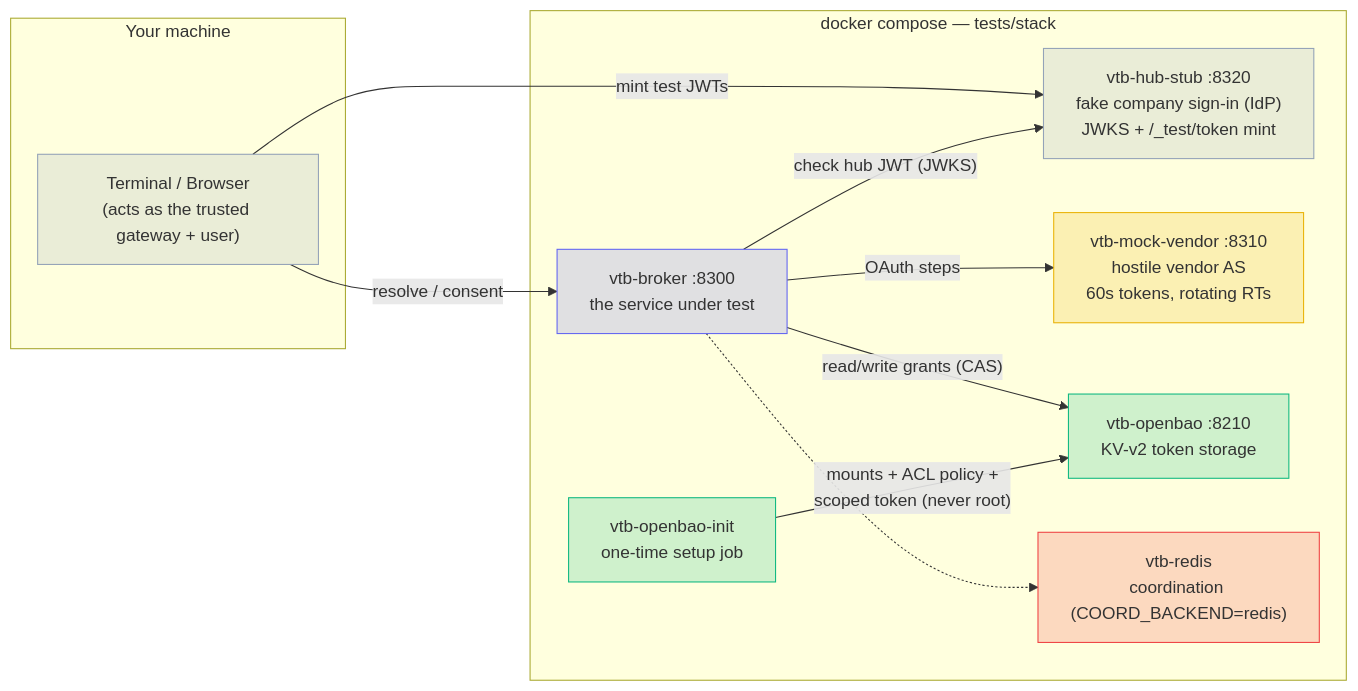
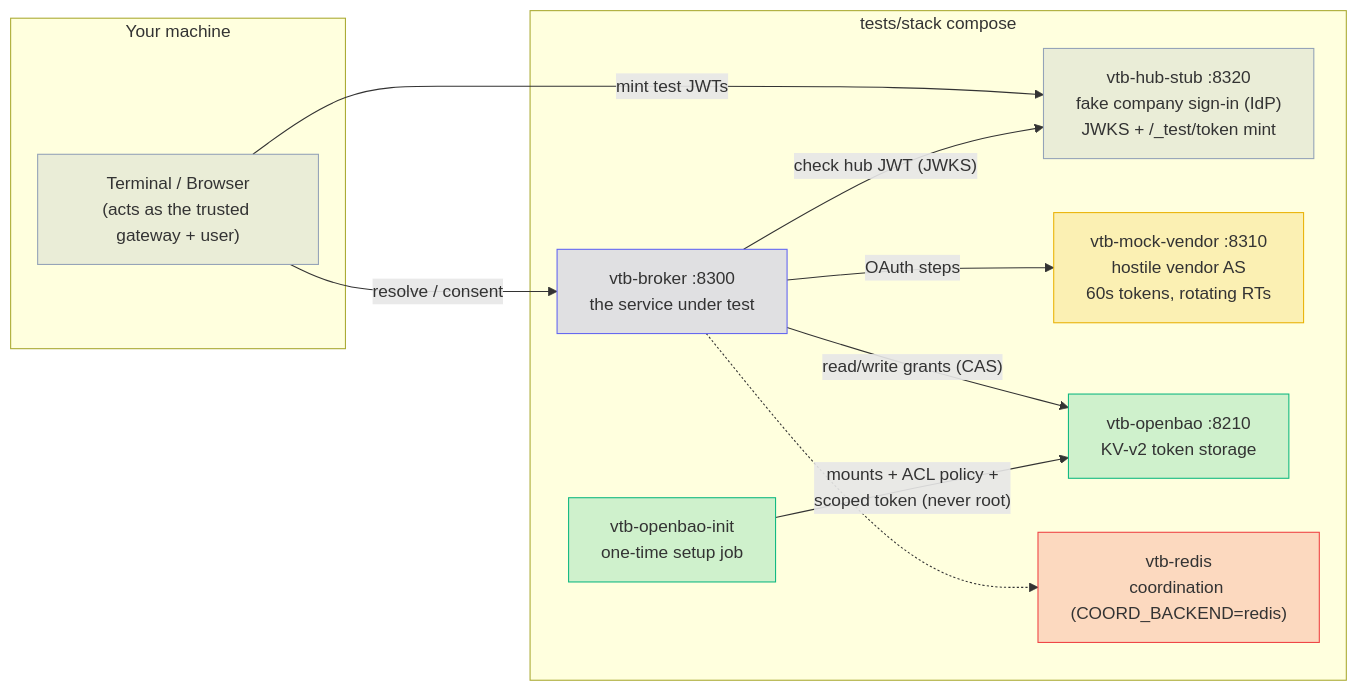
Before and after one commit to chief-builder/vendor-token-broker: the first of 7 diagrams in docs/smoke-tests.md, drawn with Mermaid. The commit also changed other lines of this file and 6 other files, not shown here.

First line of the commit message:
docs: make diagrams readable

````diff
--- a/docs/smoke-tests.md
+++ b/docs/smoke-tests.md
@@ -30,32 +30,32 @@
 ```mermaid
 flowchart LR
     subgraph host["Your machine"]
         T["Terminal / Browser<br/>(acts as the trusted gateway + user)"]
     end
-    subgraph compose["docker compose — tests/stack"]
+    subgraph compose["tests/stack compose"]
         B["vtb-broker :8300<br/>the service under test"]
         H["vtb-hub-stub :8320<br/>fake company sign-in (IdP)<br/>JWKS + /_test/token mint"]
         M["vtb-mock-vendor :8310<br/>hostile vendor AS<br/>60s tokens, rotating RTs"]
         V["vtb-openbao :8210<br/>KV-v2 token storage"]
         R["vtb-redis<br/>coordination (COORD_BACKEND=redis)"]
         I["vtb-openbao-init<br/>one-time setup job"]
     end
     T -- "resolve / consent" --> B
     T -- "mint test JWTs" --> H
     B -- "check hub JWT (JWKS)" --> H
     B -- "OAuth steps" --> M
     B -- "read/write grants (CAS)" --> V
     B -.-> R
     I -- "mounts + ACL policy +<br/>scoped token (never root)" --> V
 
     classDef broker fill:#6366f133,stroke:#6366f1
     classDef vendor fill:#eab30833,stroke:#eab308
     classDef custody fill:#10b98133,stroke:#10b981
     classDef coord fill:#ef444433,stroke:#ef4444
     classDef neutral fill:#94a3b833,stroke:#94a3b8
     class B broker
     class M vendor
     class V,I custody
     class R coord
     class T,H neutral
 ```
````
